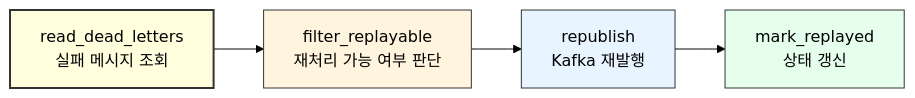
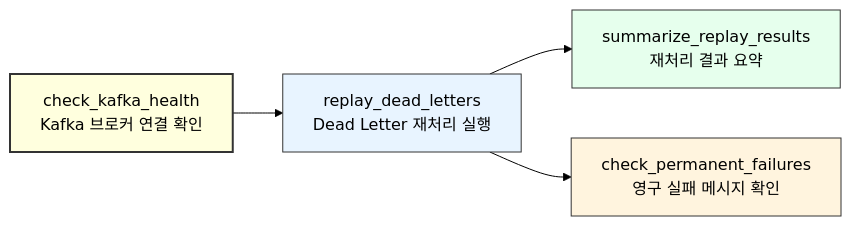
Before and after one commit to yeongmin-yu/news-trend-pipeline-dev: the third of 6 diagrams in docs/develop/Q3_AIRFLOW_DAG.md, drawn with Mermaid (forest theme). The commit also changed other lines of this file, not shown here.

````diff
--- a/docs/develop/Q3_AIRFLOW_DAG.md
+++ b/docs/develop/Q3_AIRFLOW_DAG.md
@@ -228,11 +243,11 @@
 ```mermaid
 flowchart LR
-    A["read_dead_letters<br/>실패 메시지 조회"] --> B["filter_replayable<br/>재처리 가능 여부 판단"]
-    B --> C["republish<br/>Kafka 재발행"]
-    C --> D["mark_replayed<br/>상태 갱신"]
+    A["check_kafka_health<br/>Kafka 브로커 연결 확인"] --> B["replay_dead_letters<br/>Dead Letter 재처리 실행"]
+    B --> C["summarize_replay_results<br/>재처리 결과 요약"]
+    B --> D["check_permanent_failures<br/>영구 실패 메시지 확인"]
 
     style A fill:#ffffde,stroke:#333,stroke-width:2px,color:black
-    style B fill:#fff4de,stroke:#333,stroke-width:1px,color:black
-    style C fill:#e8f4ff,stroke:#333,stroke-width:1px,color:black
-    style D fill:#e6ffed,stroke:#333,stroke-width:1px,color:black
+    style B fill:#e8f4ff,stroke:#333,stroke-width:1px,color:black
+    style C fill:#e6ffed,stroke:#333,stroke-width:1px,color:black
+    style D fill:#fff4de,stroke:#333,stroke-width:1px,color:black
 ```
````
